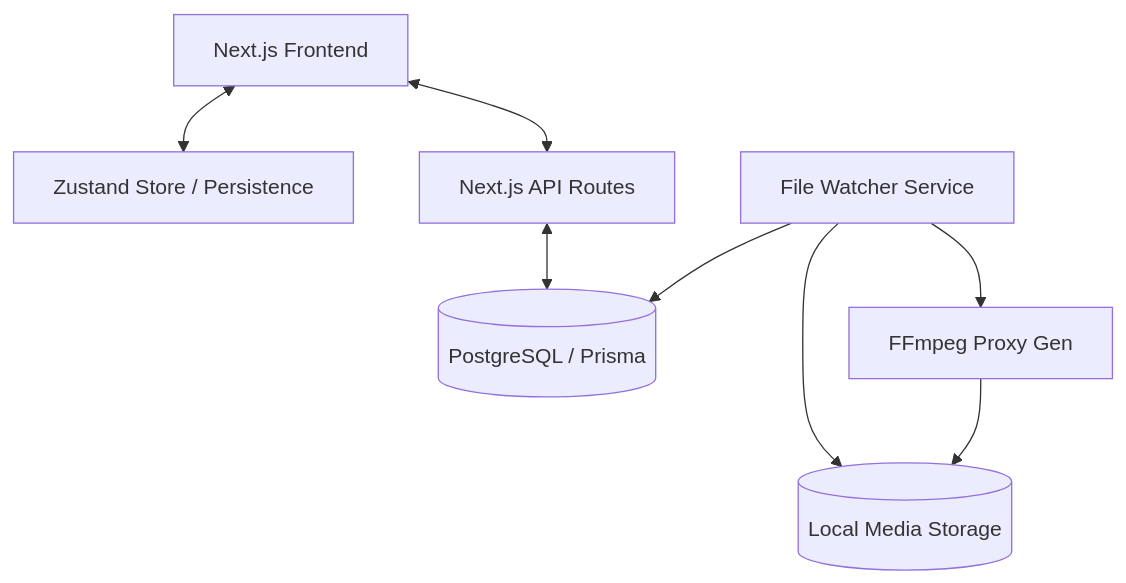
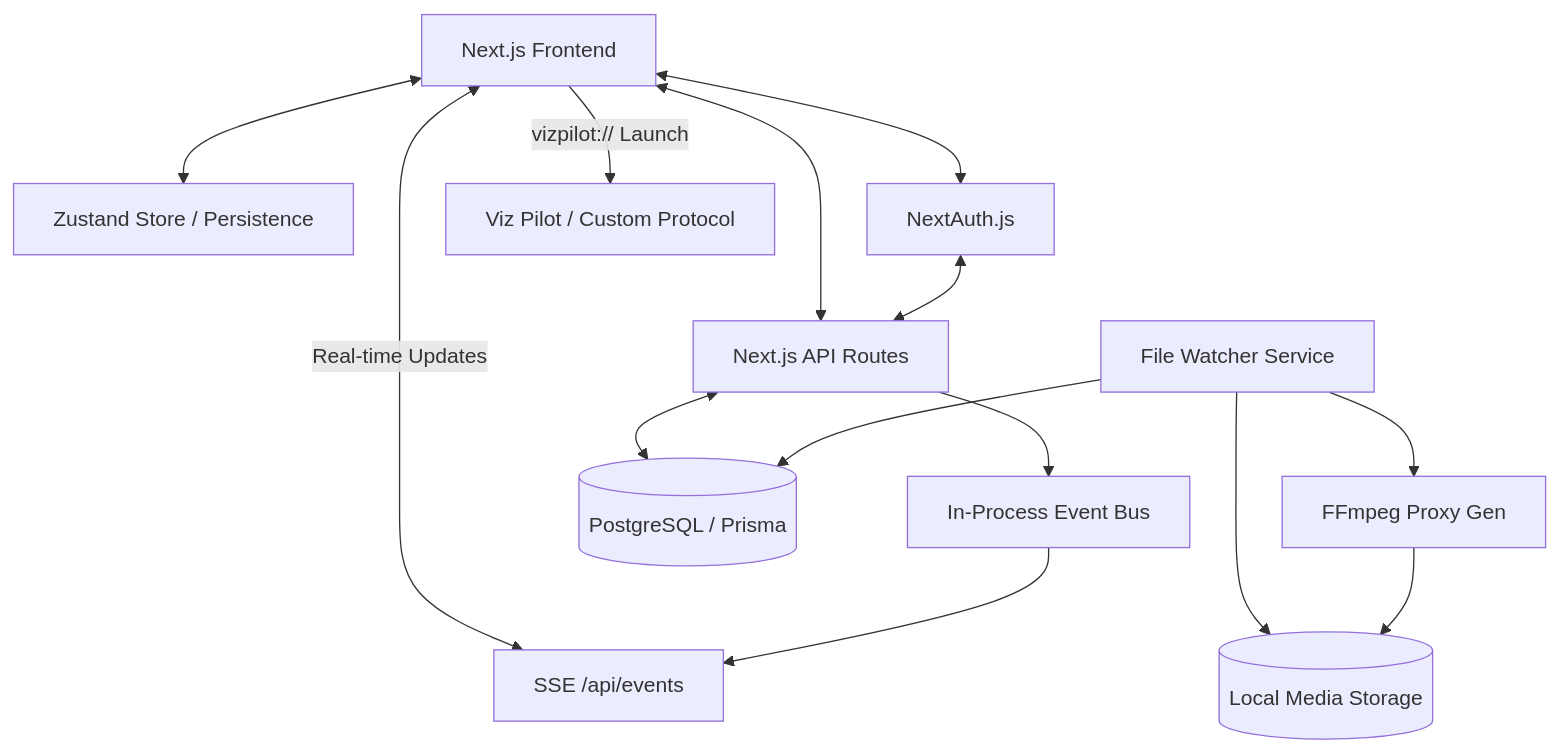
Before and after one commit to surajcopy925-pixel/News-Forge: the diagram in ARCHITECTURE.md, drawn with Mermaid. The commit also changed other lines of this file and 9 other files, not shown here.

Commit message:
Update ARCHITECTURE.md and README.md with latest features

````diff
--- a/ARCHITECTURE.md
+++ b/ARCHITECTURE.md
@@ -7,18 +7,28 @@
 ```mermaid
 graph TD
     Client[Next.js Frontend]
     Store[Zustand Store / Persistence]
+    Auth[NextAuth.js]
     API[Next.js API Routes]
+    SSE[SSE /api/events]
+    EventBus[In-Process Event Bus]
     DB[(PostgreSQL / Prisma)]
     Files[(Local Media Storage)]
     Watcher[File Watcher Service]
     FFmpeg[FFmpeg Proxy Gen]
+    VizPilot[Viz Pilot / Custom Protocol]
 
     Client <--> Store
+    Client <--> Auth
     Client <--> API
+    Client <-- "Real-time Updates" --> SSE
+    Auth <--> API
     API <--> DB
+    API --> EventBus
+    EventBus --> SSE
     Watcher --> Files
     Watcher --> DB
     Watcher --> FFmpeg
     FFmpeg --> Files
+    Client -- "vizpilot:// Launch" --> VizPilot
 ```
````
